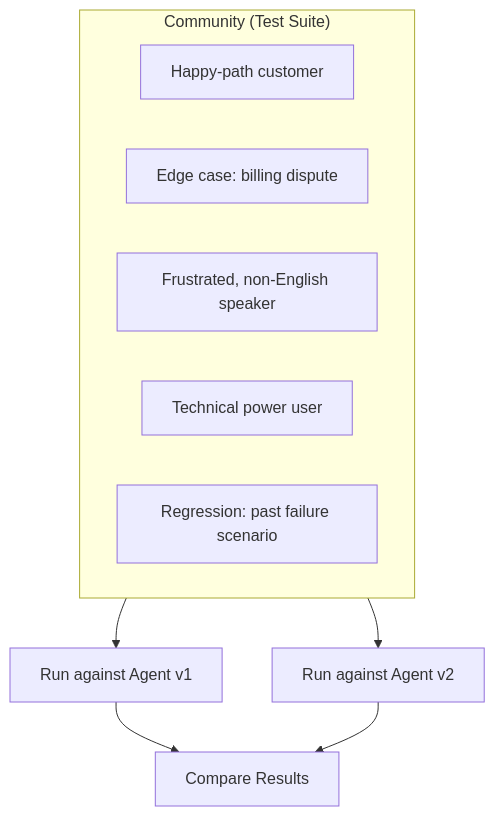
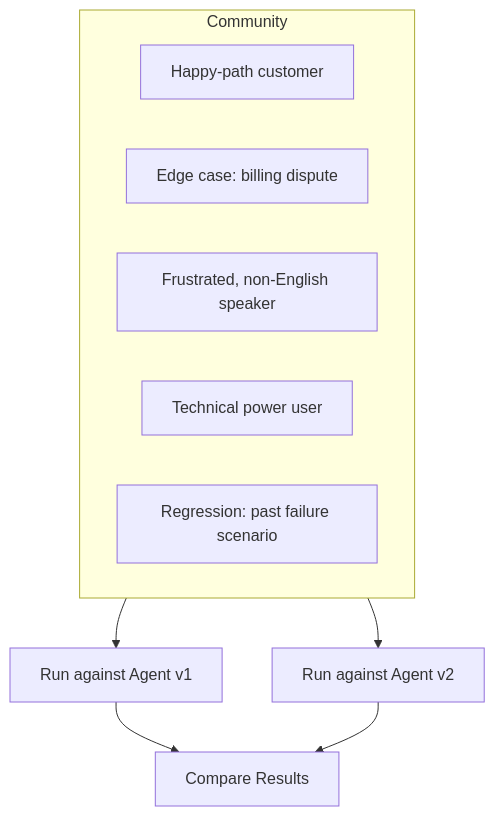
The diagram in key-concepts/communities/overview.mdx (bluejay-ai-dev/docs), drawn with Mermaid before and after one commit. The commit also changed other lines of this file and 1 other file, not shown here.

````diff
--- a/key-concepts/communities/overview.mdx
+++ b/key-concepts/communities/overview.mdx
@@ -21,14 +71,14 @@
 ```mermaid
 flowchart TD
-    subgraph community ["Community (Test Suite)"]
+    subgraph community ["Community"]
         DH1["Happy-path customer"]
         DH2["Edge case: billing dispute"]
         DH3["Frustrated, non-English speaker"]
         DH4["Technical power user"]
         DH5["Regression: past failure scenario"]
     end
     community --> SimA[Run against Agent v1]
     community --> SimB[Run against Agent v2]
     SimA --> Compare[Compare Results]
     SimB --> Compare
 ```
````
